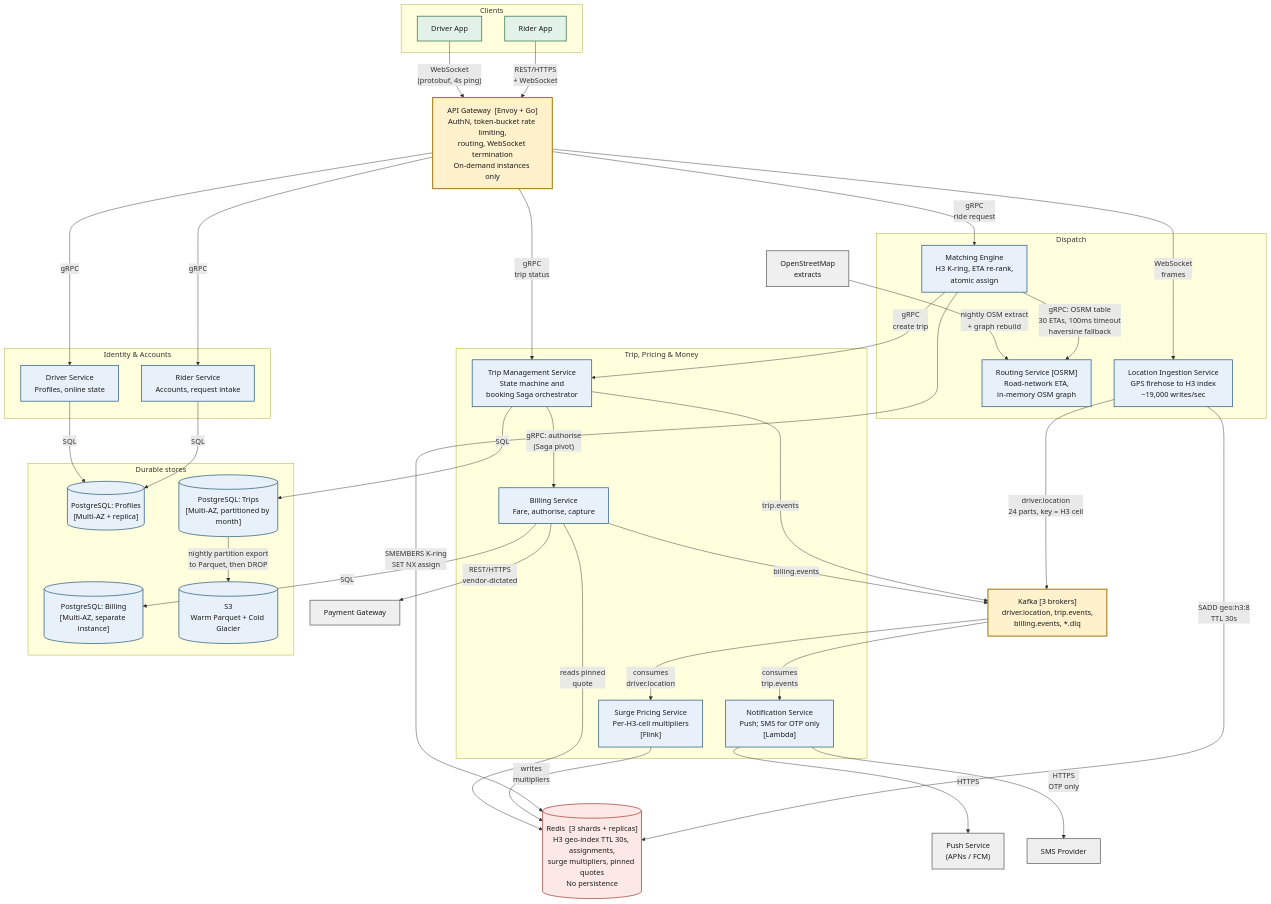
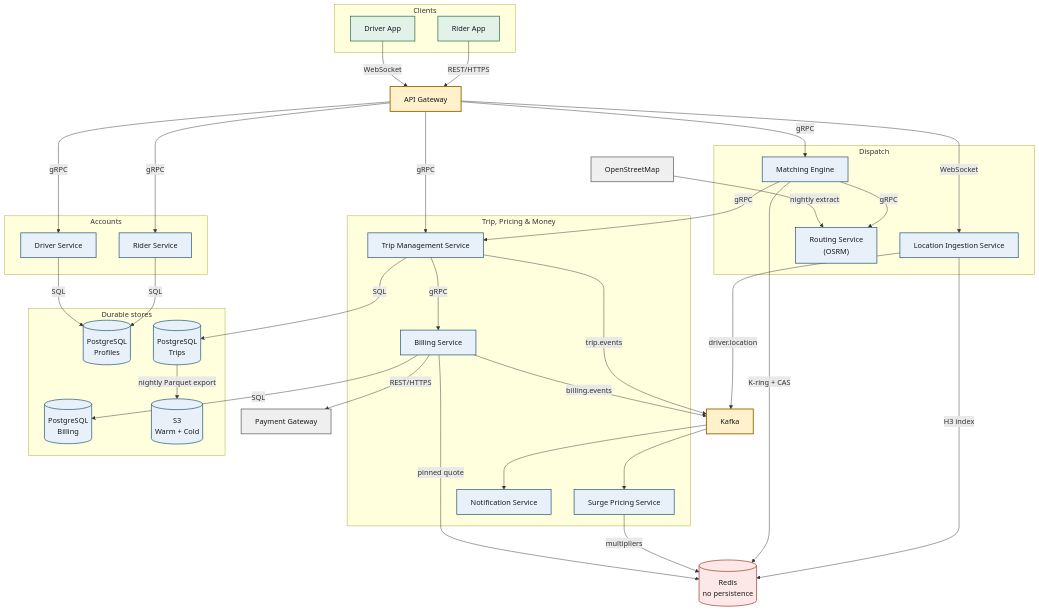
One commit to RashmikaMadaela/urbanride-architecture changed the diagram in diagrams/mermaid/c4-02-container.mmd. Above: the diagram before and after it, drawn with Mermaid. The commit also changed 4 other files, not shown here.

Commit message:
Simplify container, component and resilience Mermaid diagrams

```diff
--- a/diagrams/mermaid/c4-02-container.mmd
+++ b/diagrams/mermaid/c4-02-container.mmd
@@ -1,95 +1,91 @@
 %% UrbanRide C4 Level 2: Container
 %% Target file: diagrams/c4-02-container.png
-%% Every edge must keep its protocol label - that is an explicit rubric item.
-%% Note: all service-to-service calls traverse an Envoy sidecar
-%% (circuit breaking, retries, timeouts, per-service quotas).
+%% Simplified: node labels are names only and edge labels are protocols only.
+%% The detail that used to sit in the labels (timeouts, TTLs, partition counts,
+%% fallback behaviour) lives in ADD sections 4.4, 5.6 and 6.1 instead.
+%% All service-to-service calls traverse an Envoy sidecar - state that in the caption.
 
 flowchart TB
     subgraph clients["Clients"]
         riderapp["Rider App"]
         driverapp["Driver App"]
     end
 
-    gateway["API Gateway  [Envoy + Go]<br/>AuthN, token-bucket rate limiting,<br/>routing, WebSocket termination<br/>On-demand instances only"]
+    gateway["API Gateway"]
 
-    subgraph accounts["Identity &amp; Accounts"]
-        rider["Rider Service<br/>Accounts, request intake"]
-        driver["Driver Service<br/>Profiles, online state"]
+    subgraph dispatch["Dispatch"]
+        location["Location Ingestion Service"]
+        matching["Matching Engine"]
+        routing["Routing Service<br/>(OSRM)"]
     end
 
-    subgraph dispatch["Dispatch"]
-        location["Location Ingestion Service<br/>GPS firehose to H3 index<br/>~19,000 writes/sec"]
-        matching["Matching Engine<br/>H3 K-ring, ETA re-rank,<br/>atomic assign"]
-        routing["Routing Service  [OSRM]<br/>Road-network ETA,<br/>in-memory OSM graph"]
+    subgraph accounts["Accounts"]
+        rider["Rider Service"]
+        driver["Driver Service"]
     end
 
     subgraph tripgrp["Trip, Pricing &amp; Money"]
-        trip["Trip Management Service<br/>State machine and<br/>booking Saga orchestrator"]
-        surge["Surge Pricing Service<br/>Per-H3-cell multipliers<br/>[Flink]"]
-        billing["Billing Service<br/>Fare, authorise, capture"]
-        notify["Notification Service<br/>Push; SMS for OTP only<br/>[Lambda]"]
+        trip["Trip Management Service"]
+        surge["Surge Pricing Service"]
+        billing["Billing Service"]
+        notify["Notification Service"]
     end
 
-    redis[("Redis  [3 shards + replicas]<br/>H3 geo-index TTL 30s, assignments,<br/>surge multipliers, pinned quotes<br/>No persistence")]
-    kafka["Kafka  [3 brokers]<br/>driver.location, trip.events,<br/>billing.events, *.dlq"]
+    redis[("Redis<br/>no persistence")]
+    kafka["Kafka"]
 
     subgraph stores["Durable stores"]
-        pgprof[("PostgreSQL: Profiles<br/>[Multi-AZ + replica]")]
-        pgtrip[("PostgreSQL: Trips<br/>[Multi-AZ, partitioned by month]")]
-        pgbill[("PostgreSQL: Billing<br/>[Multi-AZ, separate instance]")]
-        s3[("S3<br/>Warm Parquet + Cold Glacier")]
+        pgprof[("PostgreSQL<br/>Profiles")]
+        pgtrip[("PostgreSQL<br/>Trips")]
+        pgbill[("PostgreSQL<br/>Billing")]
+        s3[("S3<br/>Warm + Cold")]
     end
 
-    osmx["OpenStreetMap<br/>extracts"]
     paygw["Payment Gateway"]
-    pushx["Push Service<br/>(APNs / FCM)"]
-    smsx["SMS Provider"]
+    osmx["OpenStreetMap"]
 
-    riderapp  -->|"REST/HTTPS<br/>+ WebSocket"| gateway
-    driverapp -->|"WebSocket<br/>(protobuf, 4s ping)"| gateway
+    riderapp -->|"REST/HTTPS"| gateway
+    driverapp -->|"WebSocket"| gateway
 
+    gateway -->|"WebSocket"| location
+    gateway -->|"gRPC"| matching
+    gateway -->|"gRPC"| trip
     gateway -->|"gRPC"| rider
     gateway -->|"gRPC"| driver
-    gateway -->|"WebSocket<br/>frames"| location
-    gateway -->|"gRPC<br/>ride request"| matching
-    gateway -->|"gRPC<br/>trip status"| trip
 
-    matching -->|"gRPC: OSRM table<br/>30 ETAs, 100ms timeout<br/>haversine fallback"| routing
-    matching -->|"gRPC<br/>create trip"| trip
-    trip -->|"gRPC: authorise<br/>(Saga pivot)"| billing
+    matching -->|"gRPC"| routing
+    matching -->|"gRPC"| trip
+    trip -->|"gRPC"| billing
 
-    location -->|"SADD geo:h3:8<br/>TTL 30s"| redis
-    matching -->|"SMEMBERS K-ring<br/>SET NX assign"| redis
-    surge -->|"writes<br/>multipliers"| redis
-    billing -->|"reads pinned<br/>quote"| redis
+    location -->|"H3 index"| redis
+    matching -->|"K-ring + CAS"| redis
+    surge -->|"multipliers"| redis
+    billing -->|"pinned quote"| redis
 
-    location -->|"driver.location<br/>24 parts, key = H3 cell"| kafka
+    location -->|"driver.location"| kafka
     trip -->|"trip.events"| kafka
     billing -->|"billing.events"| kafka
-    kafka -->|"consumes<br/>driver.location"| surge
-    kafka -->|"consumes<br/>trip.events"| notify
+    kafka --> surge
+    kafka --> notify
 
     rider -->|"SQL"| pgprof
     driver -->|"SQL"| pgprof
     trip -->|"SQL"| pgtrip
     billing -->|"SQL"| pgbill
-    pgtrip -->|"nightly partition export<br/>to Parquet, then DROP"| s3
+    pgtrip -->|"nightly Parquet export"| s3
 
-    osmx -->|"nightly OSM extract<br/>+ graph rebuild"| routing
-    billing -->|"REST/HTTPS<br/>vendor-dictated"| paygw
-    notify -->|"HTTPS"| pushx
-    notify -->|"HTTPS<br/>OTP only"| smsx
+    billing -->|"REST/HTTPS"| paygw
+    osmx -->|"nightly extract"| routing
 
     classDef client   fill:#E2F2E8,stroke:#2E6B43,stroke-width:1.5px,color:#1a1a1a
     classDef edgeNode fill:#FFF1CC,stroke:#9A6A00,stroke-width:2px,color:#1a1a1a
     classDef service  fill:#E8F1FA,stroke:#24557A,stroke-width:1.5px,color:#1a1a1a
     classDef volatile fill:#FCE8E6,stroke:#A33A32,stroke-width:1.5px,color:#1a1a1a
-    classDef durable  fill:#E8F1FA,stroke:#24557A,stroke-width:1.5px,color:#1a1a1a
     classDef external fill:#EFEFEF,stroke:#5A5A5A,stroke-width:1.5px,color:#1a1a1a
 
     class riderapp,driverapp client
     class gateway,kafka edgeNode
     class rider,driver,location,matching,routing,trip,surge,billing,notify service
     class redis volatile
-    class pgprof,pgtrip,pgbill,s3 durable
-    class osmx,paygw,pushx,smsx external
+    class pgprof,pgtrip,pgbill,s3 service
+    class paygw,osmx external
```
